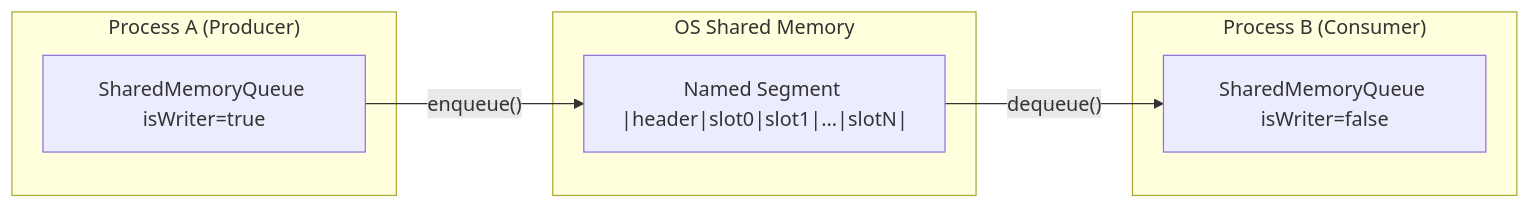
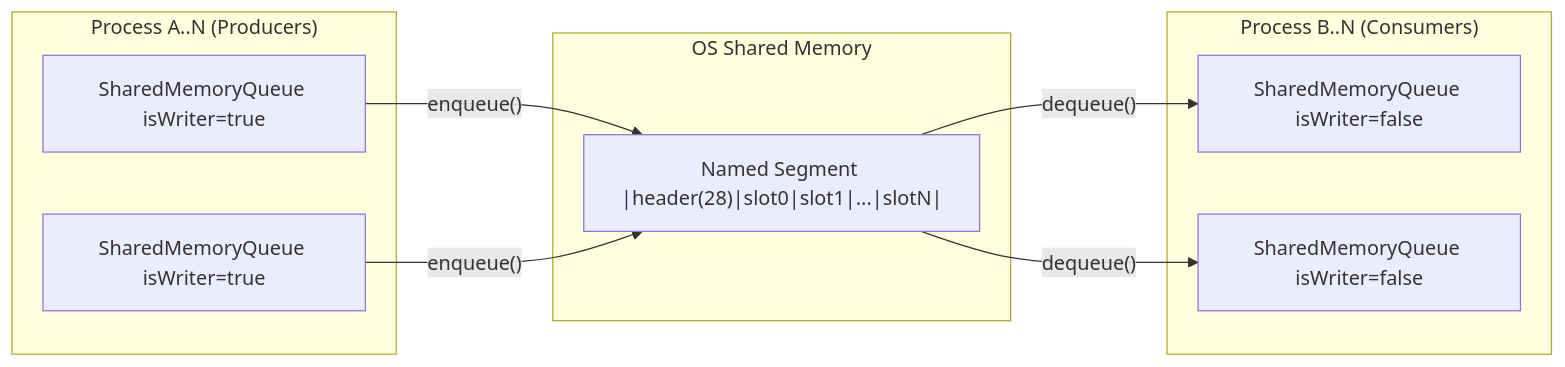
One commit to kyr0/libsharedmemory changed the second of 4 diagrams in README.md. Above: the diagram before and after it, drawn with Mermaid. The commit also changed other lines of this file and 1 other file, not shown here.

````diff
--- a/README.md
+++ b/README.md
@@ -343,17 +345,21 @@
 ```mermaid
 flowchart LR
-    subgraph "Process A (Producer)"
+    subgraph "Process A..N (Producers)"
         P[SharedMemoryQueue isWriter=true]
+        P2[SharedMemoryQueue isWriter=true]
     end
 
     subgraph "OS Shared Memory"
-        Q["Named Segment |header|slot0|slot1|...|slotN|"]
+        Q["Named Segment |header(28)|slot0|slot1|...|slotN|"]
     end
 
-    subgraph "Process B (Consumer)"
+    subgraph "Process B..N (Consumers)"
         C1[SharedMemoryQueue isWriter=false]
+        C2[SharedMemoryQueue isWriter=false]
     end
 
     P -- "enqueue()" --> Q
+    P2 -- "enqueue()" --> Q
     Q -- "dequeue()" --> C1
+    Q -- "dequeue()" --> C2
 ```
````
